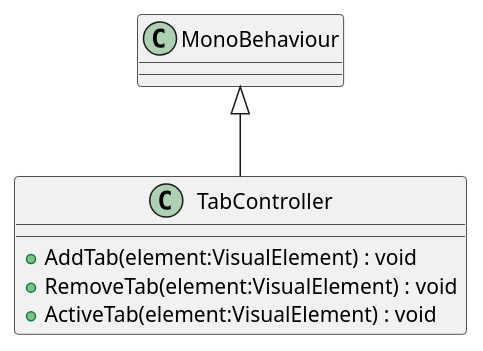
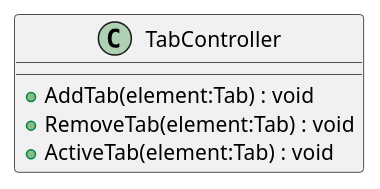
One commit to mysteryfungus/DungeonGeneratorUnity changed the diagram in UML/UIToolkit/Scripts/TabController.puml. Above: the diagram before and after it, drawn with PlantUML. The commit also changed 61 other files, not shown here.

Commit message:
Generate UML (Generate UML)

```diff
--- a/UML/UIToolkit/Scripts/TabController.puml
+++ b/UML/UIToolkit/Scripts/TabController.puml
@@ -1,8 +1,7 @@
 @startuml
 class TabController {
-    + AddTab(element:VisualElement) : void
-    + RemoveTab(element:VisualElement) : void
-    + ActiveTab(element:VisualElement) : void
+    + AddTab(element:Tab) : void
+    + RemoveTab(element:Tab) : void
+    + ActiveTab(element:Tab) : void
 }
-MonoBehaviour <|-- TabController
 @enduml
```
